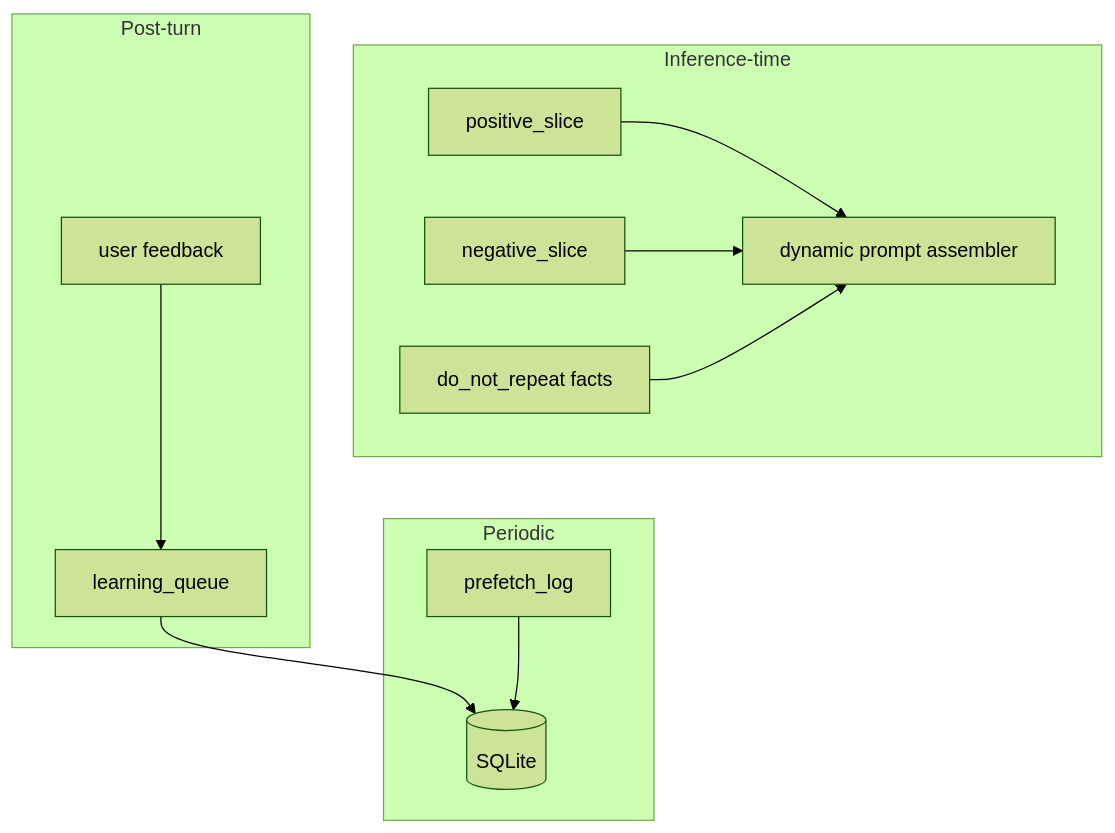
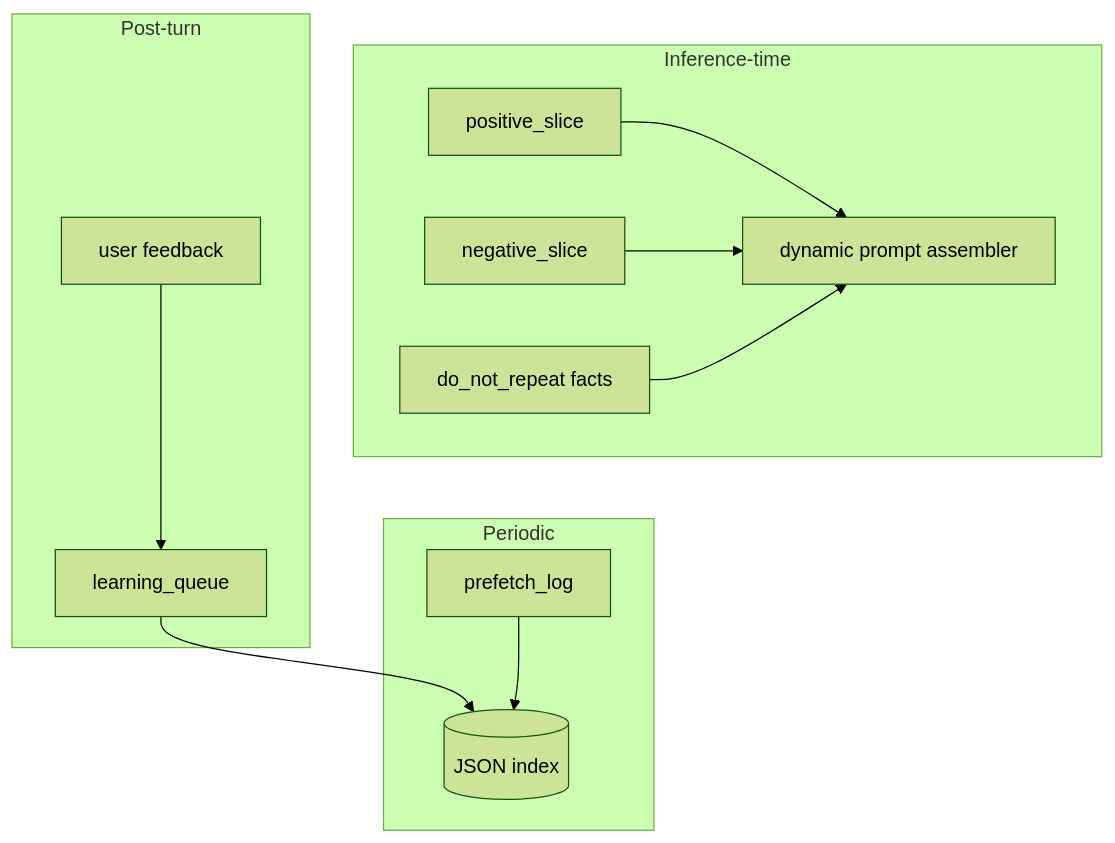
One commit to jahrulnr/sapaloq changed the eighth of 11 diagrams in docs/BLUEPRINT.md. Above: the diagram before and after it, drawn with Mermaid (forest theme). The commit also changed other lines of this file and 34 other files, not shown here.

````diff
--- a/docs/BLUEPRINT.md
+++ b/docs/BLUEPRINT.md
@@ -1001,22 +1001,22 @@
 ```mermaid
 flowchart TB
   subgraph inference [Inference-time]
     POS[positive_slice]
     NEG[negative_slice]
     DNR[do_not_repeat facts]
     DP[dynamic prompt assembler]
     POS --> DP
     NEG --> DP
     DNR --> DP
   end
   subgraph post [Post-turn]
     FB[user feedback]
     LQ[learning_queue]
     FB --> LQ
   end
   subgraph tune [Periodic]
-    LQ --> IX[(SQLite)]
+    LQ --> IX[(JSON index)]
     PL[prefetch_log]
     PL --> IX
   end
 ```
````
